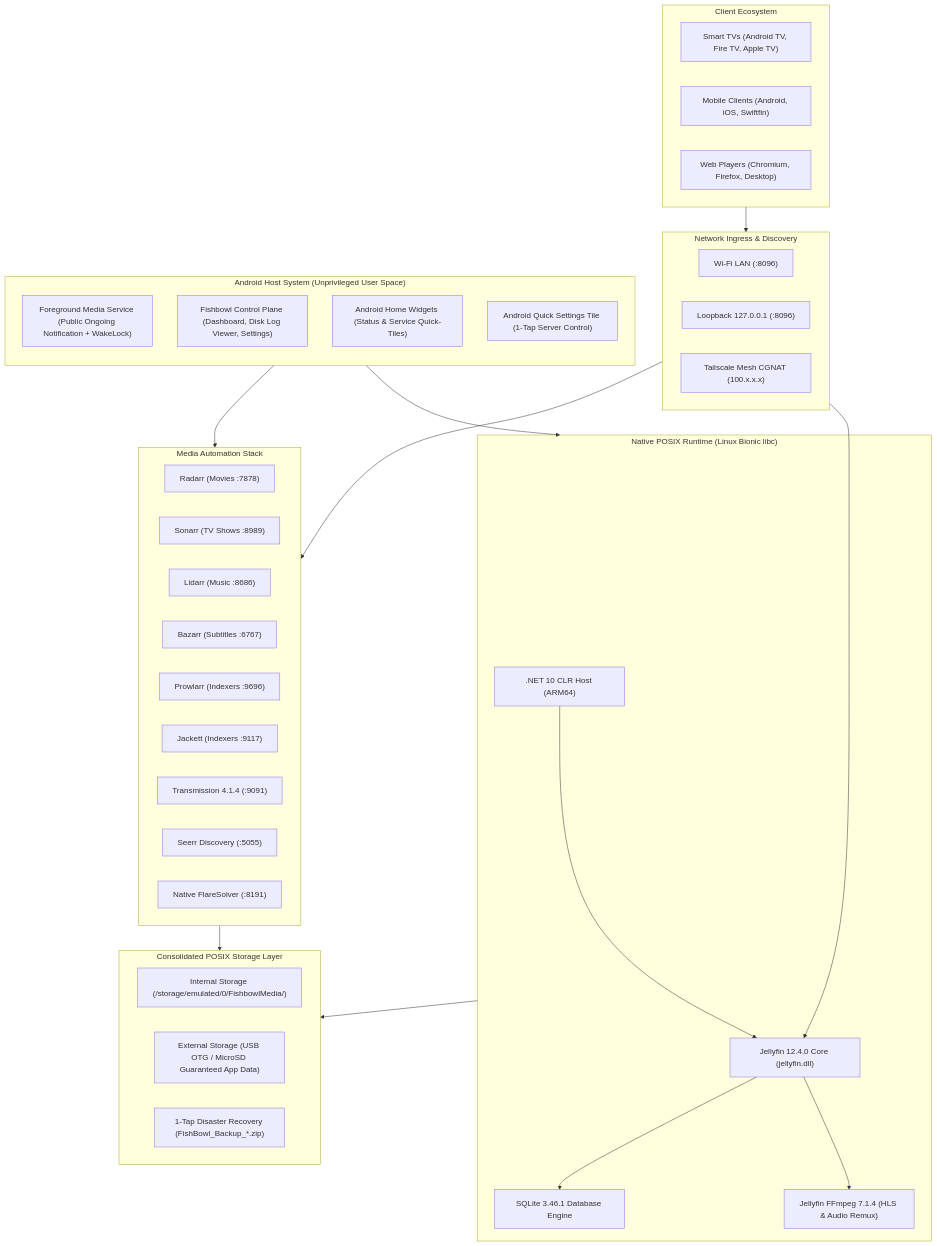
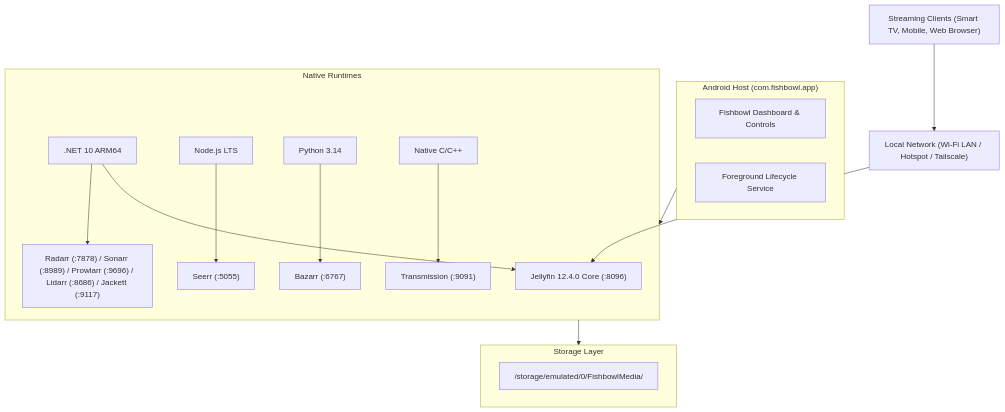
Before and after one commit to Suz41/Fishbowl: the diagram in README.md, drawn with Mermaid. The commit also changed other lines of this file, not shown here.

Commit message:
Streamline README with minimal core architecture and documentation

````diff
--- a/README.md
+++ b/README.md
@@ -198,59 +36,25 @@
 ```mermaid
 flowchart TD
-    subgraph Clients["Client Ecosystem"]
-        TV["Smart TVs (Android TV, Fire TV, Apple TV)"]
-        Mobile["Mobile Clients (Android, iOS, Swiftfin)"]
-        Browser["Web Players (Chromium, Firefox, Desktop)"]
+    Clients["Streaming Clients (Smart TV, Mobile, Web Browser)"] --> Ingress["Local Network (Wi-Fi LAN / Hotspot / Tailscale)"]
+    Ingress --> JFN["Jellyfin 12.4.0 Core (:8096)"]
+    
+    subgraph Host["Android Host (com.fishbowl.app)"]
+        UI["Fishbowl Dashboard & Controls"]
+        Service["Foreground Lifecycle Service"]
     end
 
-    subgraph Network["Network Ingress & Discovery"]
-        LAN["Wi-Fi LAN (:8096)"]
-        Localhost["Loopback 127.0.0.1 (:8096)"]
-        Tailscale["Tailscale Mesh CGNAT (100.x.x.x)"]
+    subgraph Runtimes["Native Runtimes"]
+        DOTNET[".NET 10 ARM64"] --> JFN
+        NODE["Node.js LTS"] --> SEERR["Seerr (:5055)"]
+        PYTHON["Python 3.14"] --> BAZARR["Bazarr (:6767)"]
+        NATIVE["Native C/C++"] --> TRANS["Transmission (:9091)"]
+        DOTNET --> SERVARR["Radarr (:7878) / Sonarr (:8989) / Prowlarr (:9696) / Lidarr (:8686) / Jackett (:9117)"]
     end
 
-    subgraph AndroidHost["Android Host System (Unprivileged User Space)"]
-        direction TB
-        FGS["Foreground Media Service (Public Ongoing Notification + WakeLock)"]
-        UI["Fishbowl Control Plane (Dashboard, Disk Log Viewer, Settings)"]
-        Widgets["Android Home Widgets (Status & Service Quick-Tiles)"]
-        Tile["Android Quick Settings Tile (1-Tap Server Control)"]
+    subgraph Storage["Storage Layer"]
+        MEDIA["/storage/emulated/0/FishbowlMedia/"]
     end
 
-    subgraph Engine["Native POSIX Runtime (Linux Bionic libc)"]
-        DOTNET[".NET 10 CLR Host (ARM64)"]
-        JFN["Jellyfin 12.4.0 Core (jellyfin.dll)"]
-        FFMPEG["Jellyfin FFmpeg 7.1.4 (HLS & Audio Remux)"]
-        SQLITE["SQLite 3.46.1 Database Engine"]
-        
-        DOTNET --> JFN
-        JFN --> FFMPEG
-        JFN --> SQLITE
-    end
-
-    subgraph Automation["Media Automation Stack"]
-        RADARR["Radarr (Movies :7878)"]
-        SONARR["Sonarr (TV Shows :8989)"]
-        LIDARR["Lidarr (Music :8686)"]
-        BAZARR["Bazarr (Subtitles :6767)"]
-        PROWLARR["Prowlarr (Indexers :9696)"]
-        JACKETT["Jackett (Indexers :9117)"]
-        TRANS["Transmission 4.1.4 (:9091)"]
-        SEERR["Seerr Discovery (:5055)"]
-        SOLVER["Native FlareSolver (:8191)"]
-    end
-
-    subgraph Storage["Consolidated POSIX Storage Layer"]
-        INT["Internal Storage (/storage/emulated/0/FishbowlMedia/)"]
-        EXT["External Storage (USB OTG / MicroSD Guaranteed App Data)"]
-        BACKUP["1-Tap Disaster Recovery (FishBowl_Backup_*.zip)"]
-    end
-
-    Clients --> Network
-    Network --> JFN
-    Network --> Automation
-    AndroidHost --> Engine
-    AndroidHost --> Automation
-    Engine --> Storage
-    Automation --> Storage
+    Host --> Runtimes
+    Runtimes --> Storage
 ```
````
